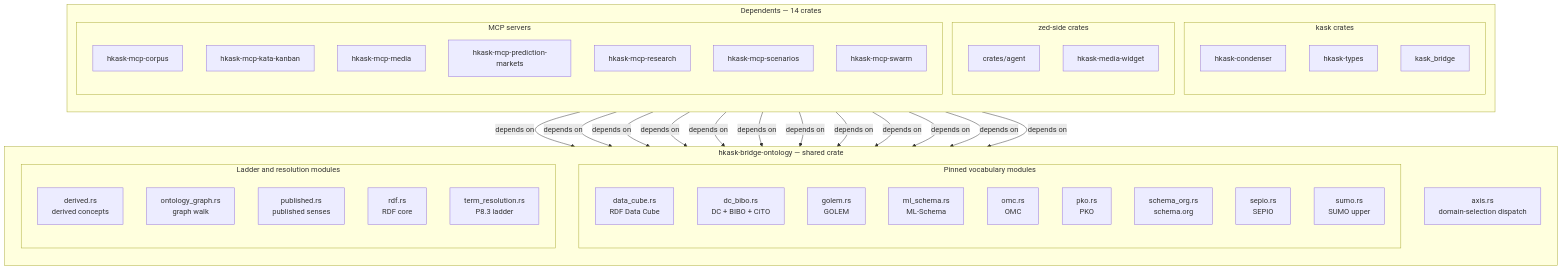
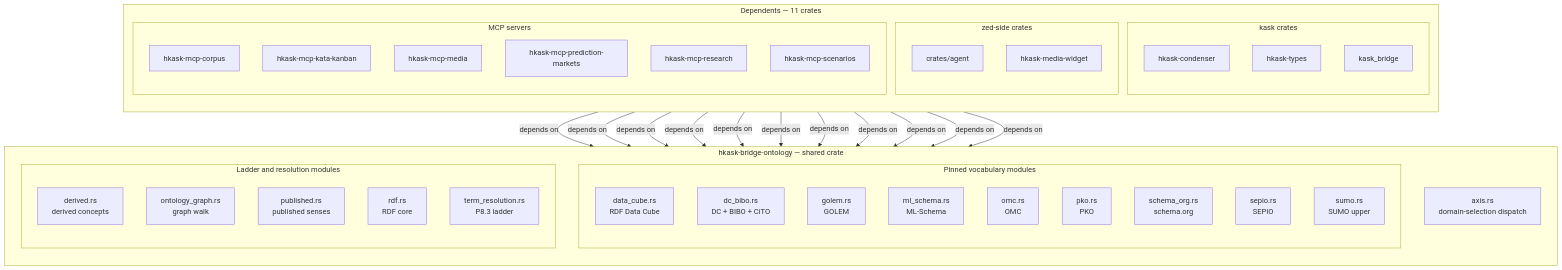
The first of 8 diagrams in kask/docs/diagrams/architecture.md (mdz-axo/zed-kask), drawn with Mermaid before and after one commit. The commit also changed other lines of this file and 25 other files, not shown here.

````diff
--- a/kask/docs/diagrams/architecture.md
+++ b/kask/docs/diagrams/architecture.md
@@ -33,62 +33,60 @@
 ```mermaid
 graph TD
     subgraph shared["hkask-bridge-ontology — shared crate"]
         direction TB
         axis["axis.rs<br/>domain-selection dispatch"]
         subgraph vocab["Pinned vocabulary modules"]
             direction TB
             data_cube["data_cube.rs<br/>RDF Data Cube"]
             dc_bibo["dc_bibo.rs<br/>DC + BIBO + CiTO"]
             golem["golem.rs<br/>GOLEM"]
             ml_schema["ml_schema.rs<br/>ML-Schema"]
             omc["omc.rs<br/>OMC"]
             pko["pko.rs<br/>PKO"]
             schema_org["schema_org.rs<br/>schema.org"]
             sepio["sepio.rs<br/>SEPIO"]
             sumo["sumo.rs<br/>SUMO upper"]
         end
         subgraph ladder["Ladder and resolution modules"]
             direction TB
             derived["derived.rs<br/>derived concepts"]
             ontology_graph["ontology_graph.rs<br/>graph walk"]
             published["published.rs<br/>published senses"]
             rdf["rdf.rs<br/>RDF core"]
             term_resolution["term_resolution.rs<br/>P8.3 ladder"]
         end
     end
 
-    subgraph deps["Dependents — 14 crates"]
+    subgraph deps["Dependents — 11 crates"]
         direction TB
         subgraph kask_crates["kask crates"]
             condenser["hkask-condenser"]
             types["hkask-types"]
             bridge["kask_bridge"]
         end
         subgraph zed_crates["zed-side crates"]
             agent["crates/agent"]
             media_widget["hkask-media-widget"]
         end
         subgraph servers["MCP servers"]
             corpus["hkask-mcp-corpus"]
             kata_kanban["hkask-mcp-kata-kanban"]
             media["hkask-mcp-media"]
             pm["hkask-mcp-prediction-markets"]
             research["hkask-mcp-research"]
             scenarios["hkask-mcp-scenarios"]
-            swarm["hkask-mcp-swarm"]
         end
     end
 
     condenser -->|"depends on"| shared
     types -->|"depends on"| shared
     bridge -->|"depends on"| shared
     agent -->|"depends on"| shared
     media_widget -->|"depends on"| shared
     corpus -->|"depends on"| shared
     kata_kanban -->|"depends on"| shared
     media -->|"depends on"| shared
     pm -->|"depends on"| shared
     research -->|"depends on"| shared
     scenarios -->|"depends on"| shared
-    swarm -->|"depends on"| shared
 ```
````
